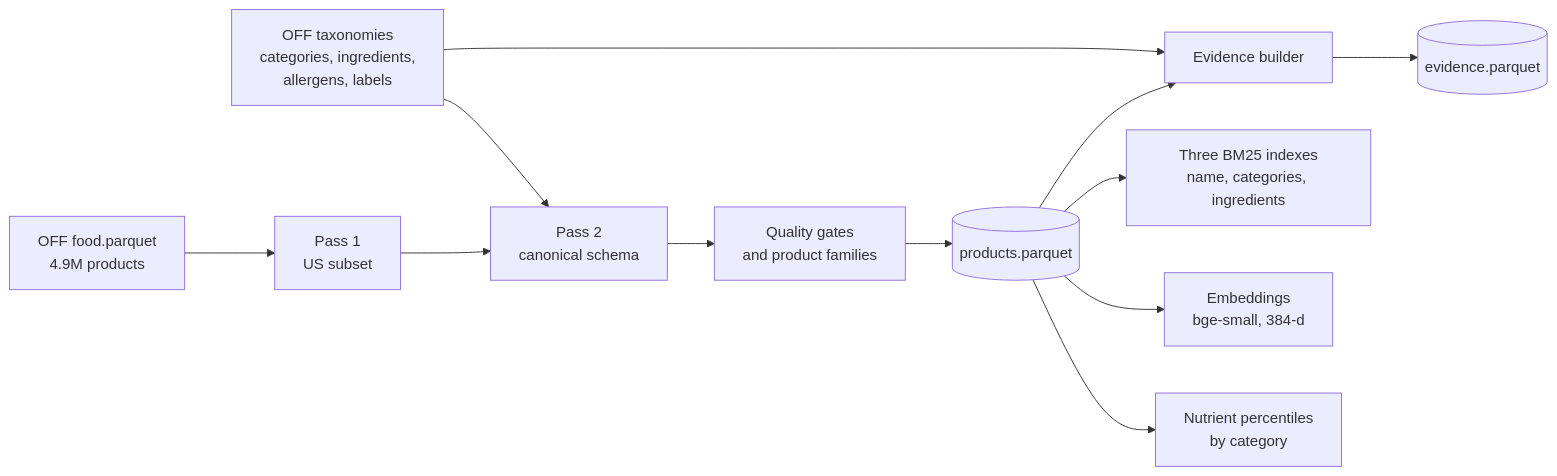
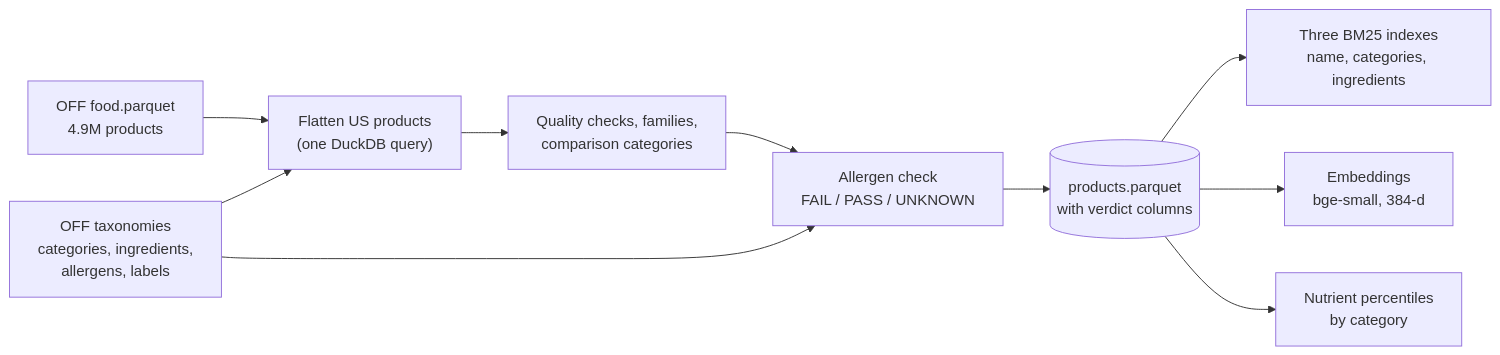
Before and after one commit to sahil-gidwani/foodswap: the first of 2 diagrams in docs/04-architecture.md, drawn with Mermaid. The commit also changed other lines of this file and 3 other files, not shown here.

First line of the commit message:
Update the docs for the allergen check

````diff
--- a/docs/04-architecture.md
+++ b/docs/04-architecture.md
@@ -13,14 +13,12 @@
 ```mermaid
 flowchart LR
-  A["OFF food.parquet<br/>4.9M products"] --> B["Pass 1<br/>US subset"]
-  B --> C["Pass 2<br/>canonical schema"]
+  A["OFF food.parquet<br/>4.9M products"] --> C["Flatten US products<br/>(one DuckDB query)"]
   T["OFF taxonomies<br/>categories, ingredients,<br/>allergens, labels"] --> C
-  C --> D["Quality gates<br/>and product families"]
-  D --> E[("products.parquet")]
-  E --> F["Evidence builder"]
-  T --> F
-  F --> G[("evidence.parquet")]
+  C --> D["Quality checks, families,<br/>comparison categories"]
+  T --> F["Allergen check<br/>FAIL / PASS / UNKNOWN"]
+  D --> F
+  F --> E[("products.parquet<br/>with verdict columns")]
   E --> H["Three BM25 indexes<br/>name, categories, ingredients"]
   E --> I["Embeddings<br/>bge-small, 384-d"]
   E --> J["Nutrient percentiles<br/>by category"]
 ```
````
